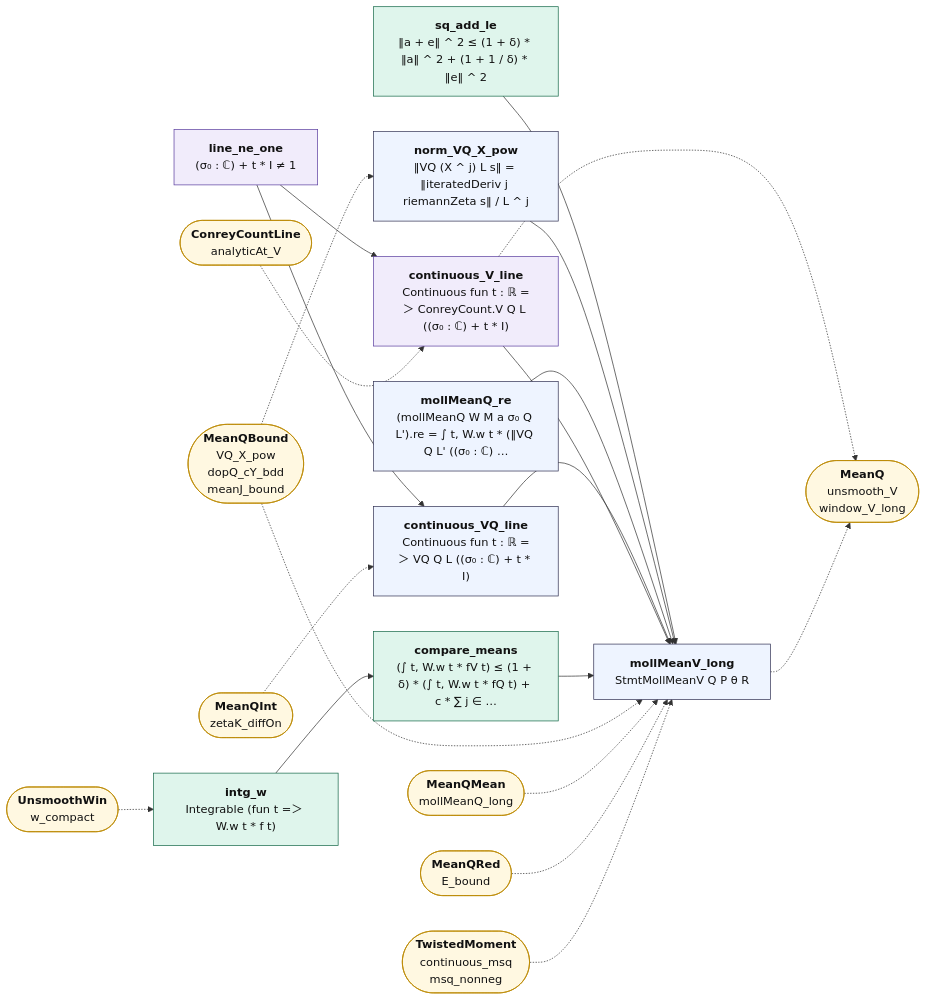
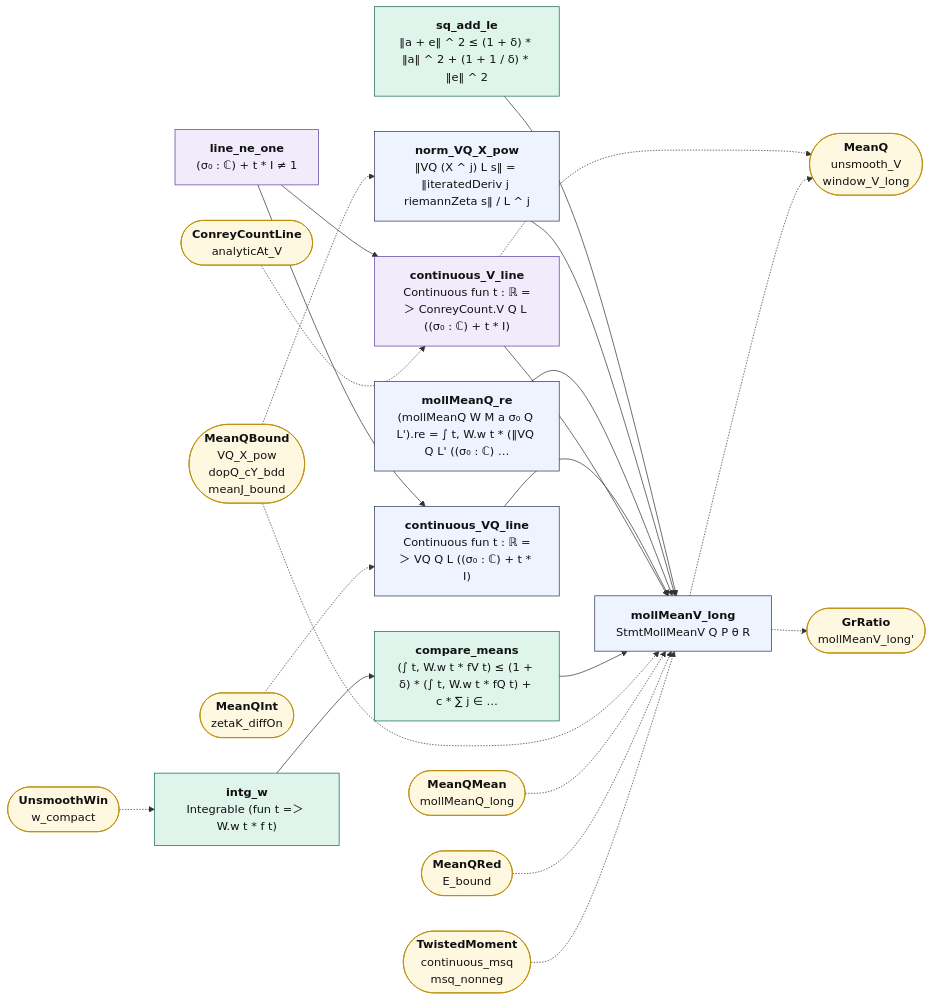
Before and after one commit to juliansambranojr/Primebeat_081426: the diagram in map/lean_stage3/MeanQV.mmd, drawn with Mermaid. The commit also changed 27 other files, not shown here.

```diff
--- a/map/lean_stage3/MeanQV.mmd
+++ b/map/lean_stage3/MeanQV.mmd
@@ -1,45 +1,47 @@
 flowchart LR
   n0["<b>sq_add_le</b><br/>‖a + e‖ ^ 2 ≤ (1 + δ) * ‖a‖ ^ 2 + (1 + 1 / δ) * ‖e‖ ^ 2"]:::cnt
   n1["<b>norm_VQ_X_pow</b><br/>‖VQ (X ^ j) L s‖ = ‖iteratedDeriv j riemannZeta s‖ / L ^ j"]:::thm
   n2["<b>mollMeanQ_re</b><br/>(mollMeanQ W M a σ₀ Q L').re = ∫ t, W.w t * (‖VQ Q L' ((σ₀ : ℂ) …"]:::thm
   n3["<b>line_ne_one</b><br/>(σ₀ : ℂ) + t * I ≠ 1"]:::shp
   n4["<b>continuous_VQ_line</b><br/>Continuous fun t : ℝ =＞ VQ Q L ((σ₀ : ℂ) + t * I)"]:::thm
   n5["<b>continuous_V_line</b><br/>Continuous fun t : ℝ =＞ ConreyCount.V Q L ((σ₀ : ℂ) + t * I)"]:::shp
   n6["<b>intg_w</b><br/>Integrable (fun t =＞ W.w t * f t)"]:::cnt
   n7["<b>compare_means</b><br/>(∫ t, W.w t * fV t) ≤ (1 + δ) * (∫ t, W.w t * fQ t) + c * ∑ j ∈ …"]:::cnt
   n8["<b>mollMeanV_long</b><br/>StmtMollMeanV Q P θ R"]:::thm
   x0(["<b>MeanQBound</b><br/>VQ_X_pow<br/>dopQ_cY_bdd<br/>meanJ_bound"]):::ext
   x1(["<b>MeanQInt</b><br/>zetaK_diffOn"]):::ext
   x2(["<b>ConreyCountLine</b><br/>analyticAt_V"]):::ext
   x3(["<b>MeanQ</b><br/>unsmooth_V<br/>window_V_long"]):::ext
   x4(["<b>UnsmoothWin</b><br/>w_compact"]):::ext
   x5(["<b>MeanQMean</b><br/>mollMeanQ_long"]):::ext
   x6(["<b>MeanQRed</b><br/>E_bound"]):::ext
   x7(["<b>TwistedMoment</b><br/>continuous_msq<br/>msq_nonneg"]):::ext
+  x8(["<b>GrRatio</b><br/>mollMeanV_long'"]):::ext
   n0 --> n8
   n1 --> n8
   n2 --> n8
   n3 --> n4
   n3 --> n5
   n4 --> n8
   n5 --> n8
   n6 --> n7
   n7 --> n8
   n5 -.-> x3
   n8 -.-> x3
+  n8 -.-> x8
   x0 -.-> n1
   x0 -.-> n8
   x1 -.-> n4
   x2 -.-> n5
   x4 -.-> n6
   x5 -.-> n8
   x6 -.-> n8
   x7 -.-> n8
   classDef cnt fill:#dff5ec,stroke:#17694a,color:#111
   classDef shp fill:#f1ecfb,stroke:#5b3fa0,color:#111
   classDef rh fill:#ffe5e5,stroke:#c22,color:#111,stroke-width:2px
   classDef thm fill:#eef4ff,stroke:#335,color:#111
   classDef end_ fill:#e7f7e7,stroke:#2a7,color:#111,stroke-width:2px
   classDef lone fill:#fff,stroke:#999,color:#111,stroke-dasharray:4 3
   classDef bad fill:#ffe5e5,stroke:#c22,color:#111,stroke-width:2px
   classDef ext fill:#fff8e1,stroke:#b80,color:#111
```
